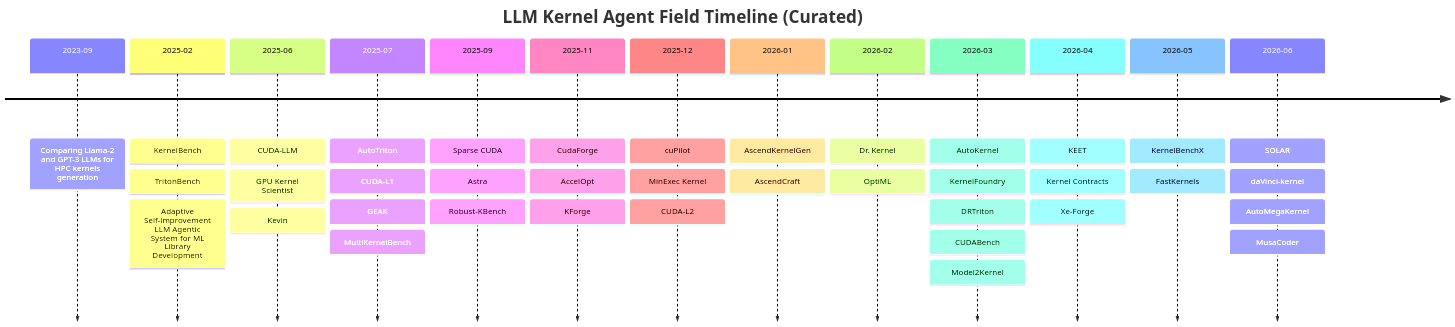
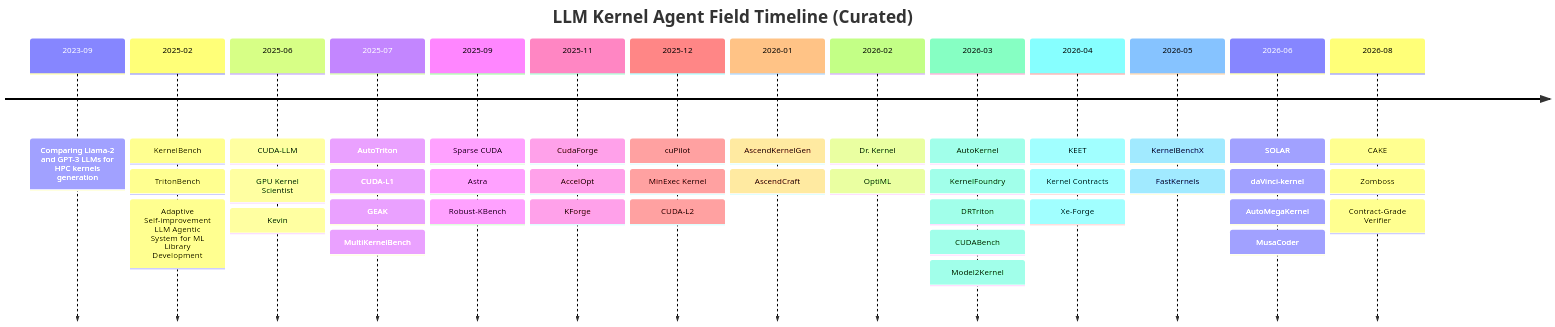
Before and after one commit to qhy991/Awesome-LLM-Kernel-Agent: the diagram in llm_kernel_agent_landscape/figures/landscape_timeline_report.en.mmd, drawn with Mermaid. The commit also changed 12 other files, not shown here.

```diff
--- a/llm_kernel_agent_landscape/figures/landscape_timeline_report.en.mmd
+++ b/llm_kernel_agent_landscape/figures/landscape_timeline_report.en.mmd
@@ -1,40 +1,43 @@
 timeline
     title LLM Kernel Agent Field Timeline (Curated)
     2023-09 : Comparing Llama-2 and GPT-3 LLMs for HPC kernels generation
     2025-02 : KernelBench
              : TritonBench
              : Adaptive Self-improvement LLM Agentic System for ML Library Development
     2025-06 : CUDA-LLM
              : GPU Kernel Scientist
              : Kevin
     2025-07 : AutoTriton
              : CUDA-L1
              : GEAK
              : MultiKernelBench
     2025-09 : Sparse CUDA
              : Astra
              : Robust-KBench
     2025-11 : CudaForge
              : AccelOpt
              : KForge
     2025-12 : cuPilot
              : MinExec Kernel
              : CUDA-L2
     2026-01 : AscendKernelGen
              : AscendCraft
     2026-02 : Dr. Kernel
              : OptiML
     2026-03 : AutoKernel
              : KernelFoundry
              : DRTriton
              : CUDABench
              : Model2Kernel
     2026-04 : KEET
              : Kernel Contracts
              : Xe-Forge
     2026-05 : KernelBenchX
              : FastKernels
     2026-06 : SOLAR
              : daVinci-kernel
              : AutoMegaKernel
              : MusaCoder
+    2026-08 : CAKE
+             : Zomboss
+             : Contract-Grade Verifier
```
